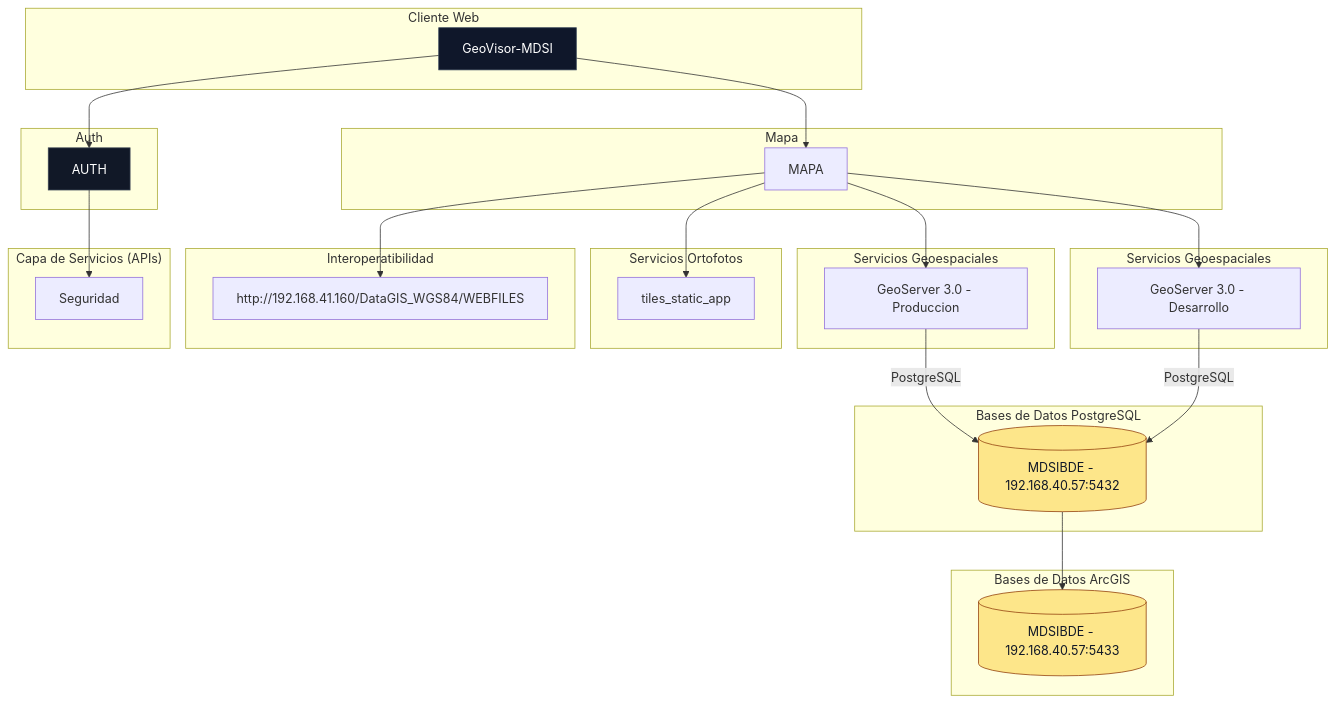
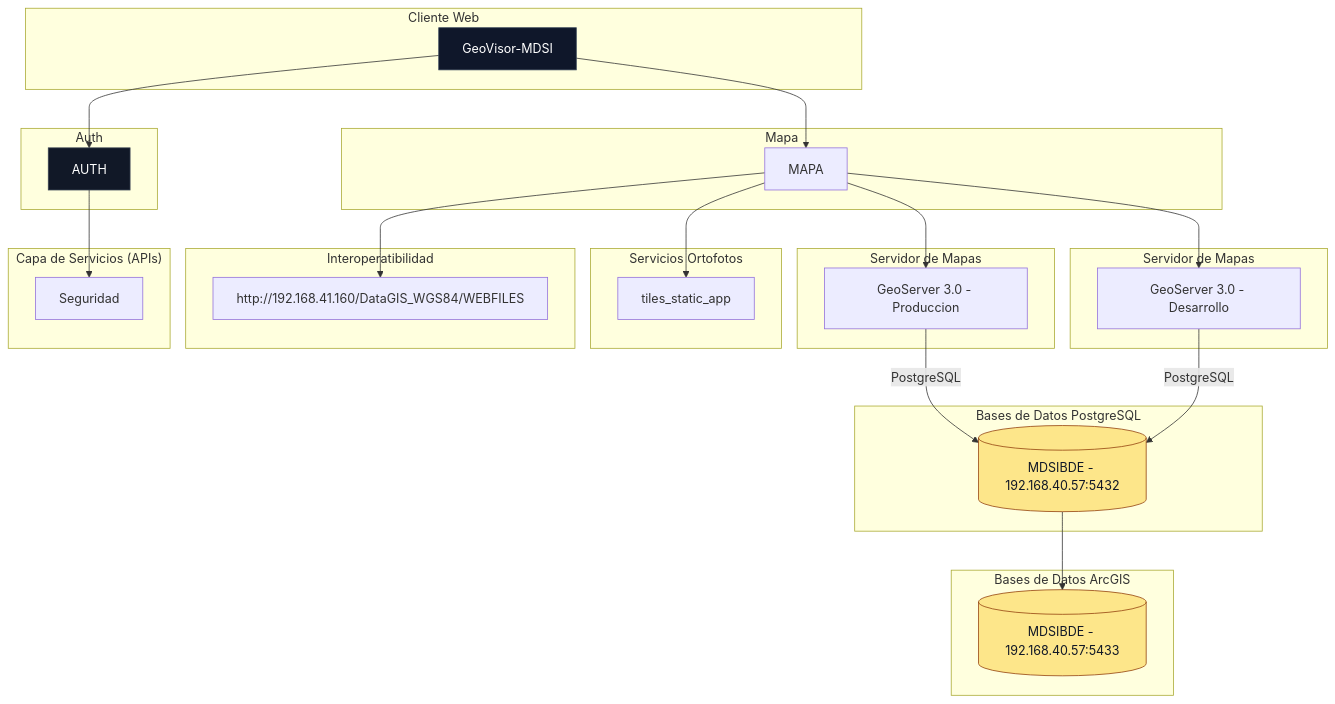
Before and after one commit to mdsigeovisor/geovisormdsi: the diagram in README.md, drawn with Mermaid.

````diff
--- a/README.md
+++ b/README.md
@@ -14,73 +14,73 @@
 ```mermaid
 graph TB
   %% =========================
   %% COMPONENTES
   %% =========================
   subgraph "Cliente Web"
     FRONT[GeoVisor-MDSI]
   end 
 
   subgraph "Auth"
     AUTH[AUTH]
   end
 
   subgraph "Mapa"
     MAPA[MAPA]
   end
 
   subgraph "Bases de Datos PostgreSQL"
     DB1[(MDSIBDE - 192.168.40.57:5432)]
   end
 
   subgraph "Bases de Datos ArcGIS"
     DB2[(MDSIBDE - 192.168.40.57:5433)]
   end
   
-  subgraph "Servicios Geoespaciales"
+  subgraph "Servidor de Mapas"
     GEOSERVER_PROD[GeoServer 3.0 - Produccion]
   end
 
-  subgraph "Servicios Geoespaciales"
+  subgraph "Servidor de Mapas"
     GEOSERVER_DEV[GeoServer 3.0 - Desarrollo]
   end
 
   subgraph "Servicios Ortofotos"
     ORTOFOTOS[tiles_static_app]
   end
 
   subgraph "Interoperatibilidad"
     INTER[http://192.168.41.160/DataGIS_WGS84/WEBFILES]
   end
 
   subgraph "Capa de Servicios (APIs)"
     SEGURIDAD[Seguridad]
   end  
 
   %% =========================
   %% RELACIONES
   %% =========================
   FRONT --> AUTH
   FRONT --> MAPA
   AUTH --> SEGURIDAD
   MAPA --> GEOSERVER_PROD
   MAPA --> GEOSERVER_DEV
   MAPA --> ORTOFOTOS
   MAPA --> INTER
   DB1 --> DB2
   
   GEOSERVER_PROD -- "PostgreSQL" --> DB1
   GEOSERVER_DEV -- "PostgreSQL" --> DB1
   
 
   %% =========================
   %% ESTILOS
   %% =========================
   classDef front fill:#0f172a,stroke:#334155,stroke-width:1px,color:#fff;
   classDef service fill:#111827,stroke:#374151,stroke-width:1px,color:#fff;
   classDef db fill:#fde68a,stroke:#92400e,stroke-width:1px,color:#111827;
 
   class FRONT front;
   class AUTH,GEOSERVER service;
   class DB1 db;
   class DB2 db;
 ```
````
